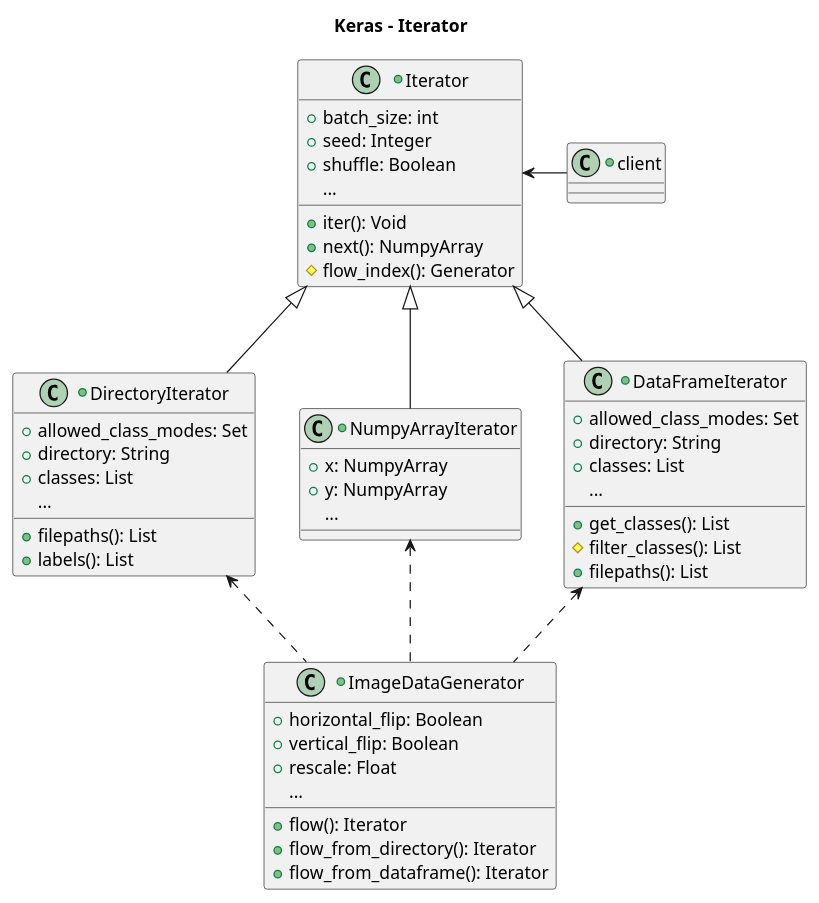
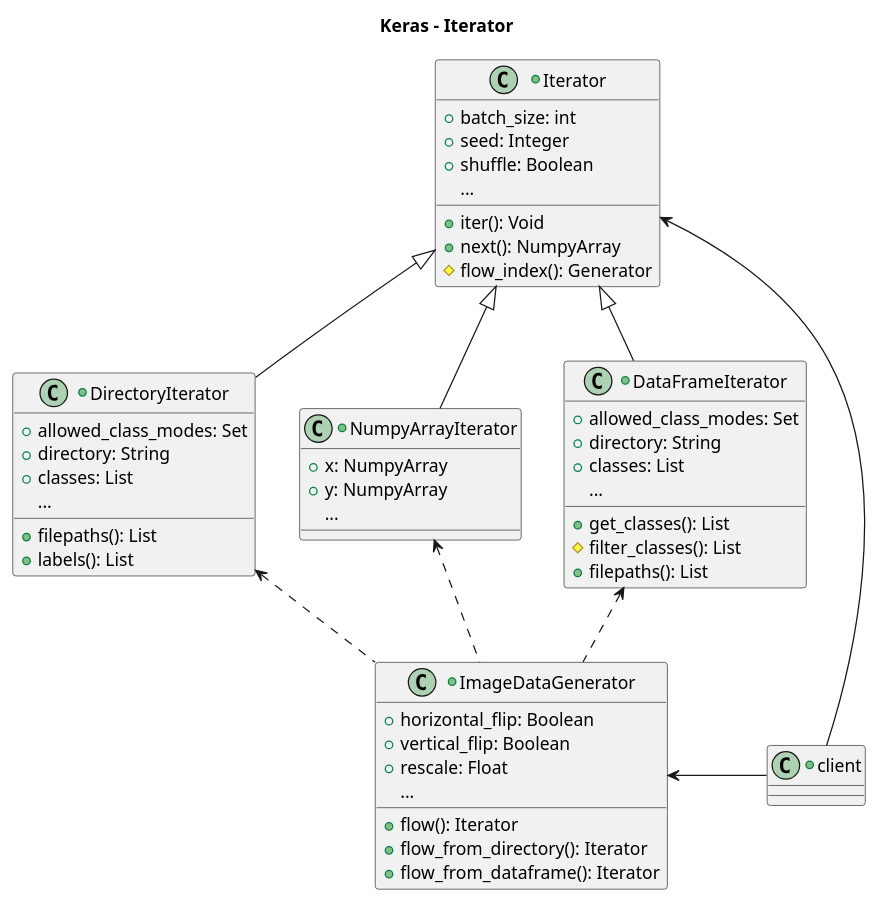
One commit to pholpaphankorn/keras_softarch_assignment changed the diagram in uml_diagram/src/keras_iterator_lite.puml. Above: the diagram before and after it, drawn with PlantUML. The commit also changed 7 other files, not shown here.

```diff
--- a/uml_diagram/src/keras_iterator_lite.puml
+++ b/uml_diagram/src/keras_iterator_lite.puml
@@ -1,61 +1,62 @@
 @startuml
 
 title Keras - Iterator
 
 +class Iterator  {
     +batch_size: int
     +seed: Integer
     +shuffle: Boolean
     ...
     +iter(): Void
     +next(): NumpyArray
     #flow_index(): Generator
     
 }
 
 +class DirectoryIterator extends Iterator {
     +allowed_class_modes: Set
     +directory: String
     +classes: List
     ...
     +filepaths(): List
     +labels(): List
 }
 
 +class NumpyArrayIterator extends Iterator {
     +x: NumpyArray
     +y: NumpyArray
     ...
 }
   
 
 +class DataFrameIterator extends Iterator {
     +allowed_class_modes: Set
     +directory: String
     +classes: List
     ...
     +get_classes(): List
     #filter_classes(): List
     +filepaths(): List
 }
 
 +class ImageDataGenerator {
     +horizontal_flip: Boolean
     +vertical_flip: Boolean
     +rescale: Float
     ...
     +flow(): Iterator
     +flow_from_directory(): Iterator
     +flow_from_dataframe(): Iterator
 }
 
 +class client{
 
 }
 
 ImageDataGenerator -up[dashed]-> DataFrameIterator
 ImageDataGenerator -up[dashed]-> NumpyArrayIterator
 ImageDataGenerator -up[dashed]-> DirectoryIterator
 
 client -left-> Iterator
+client -left-> ImageDataGenerator
 @enduml
```
